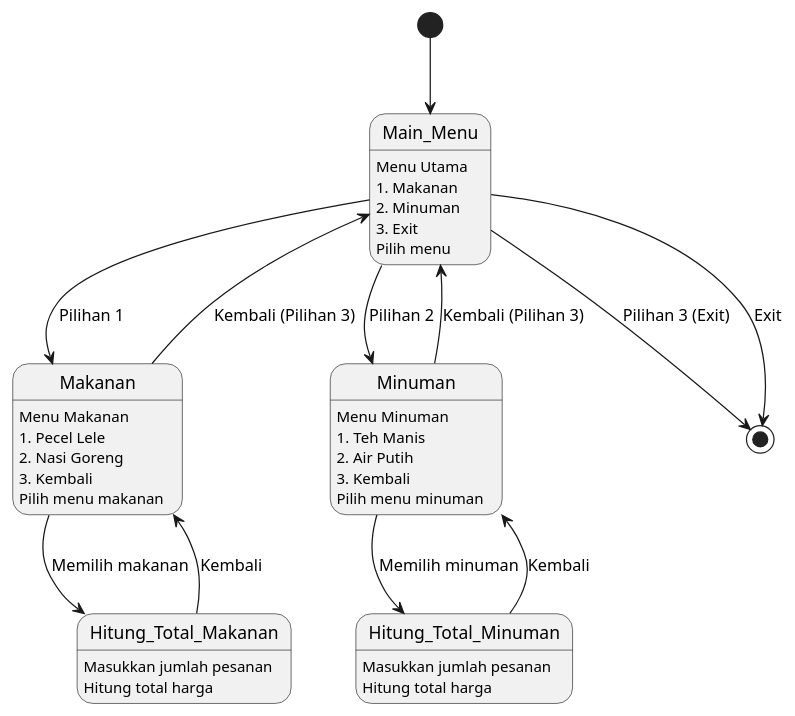
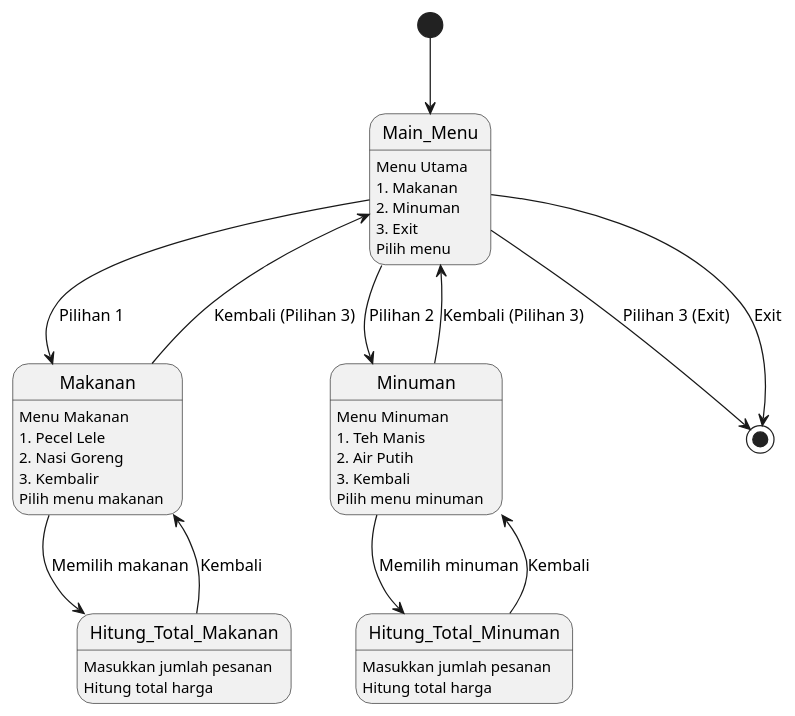
The diagram in pert7/pert7.puml (Arifinsulistiono/bhs_pemrograman), drawn with PlantUML before and after one commit. The commit also changed 12 other files, not shown here.

```diff
--- a/pert7/pert7.puml
+++ b/pert7/pert7.puml
@@ -1,42 +1,42 @@
 @startuml
 
 [*] --> Main_Menu
 Main_Menu: Menu Utama
 Main_Menu: 1. Makanan
 Main_Menu: 2. Minuman
 Main_Menu: 3. Exit
 Main_Menu: Pilih menu
 
 Main_Menu --> Makanan: Pilihan 1
 Main_Menu --> Minuman: Pilihan 2
 Main_Menu --> [*]: Pilihan 3 (Exit)
 
 Makanan: Menu Makanan
 Makanan: 1. Pecel Lele
 Makanan: 2. Nasi Goreng
-Makanan: 3. Kembali
+Makanan: 3. Kembalir
 Makanan: Pilih menu makanan
 
 Minuman: Menu Minuman
 Minuman: 1. Teh Manis
 Minuman: 2. Air Putih
 Minuman: 3. Kembali
 Minuman: Pilih menu minuman
 
 Makanan --> Main_Menu: Kembali (Pilihan 3)
 Minuman --> Main_Menu: Kembali (Pilihan 3)
 
 Makanan --> Hitung_Total_Makanan: Memilih makanan
 Minuman --> Hitung_Total_Minuman: Memilih minuman
 
 Hitung_Total_Makanan: Masukkan jumlah pesanan
 Hitung_Total_Makanan: Hitung total harga
 Hitung_Total_Minuman: Masukkan jumlah pesanan
 Hitung_Total_Minuman: Hitung total harga
 
 Hitung_Total_Makanan --> Makanan: Kembali
 Hitung_Total_Minuman --> Minuman: Kembali
 
 Main_Menu --> [*]: Exit
 
 @enduml
```
